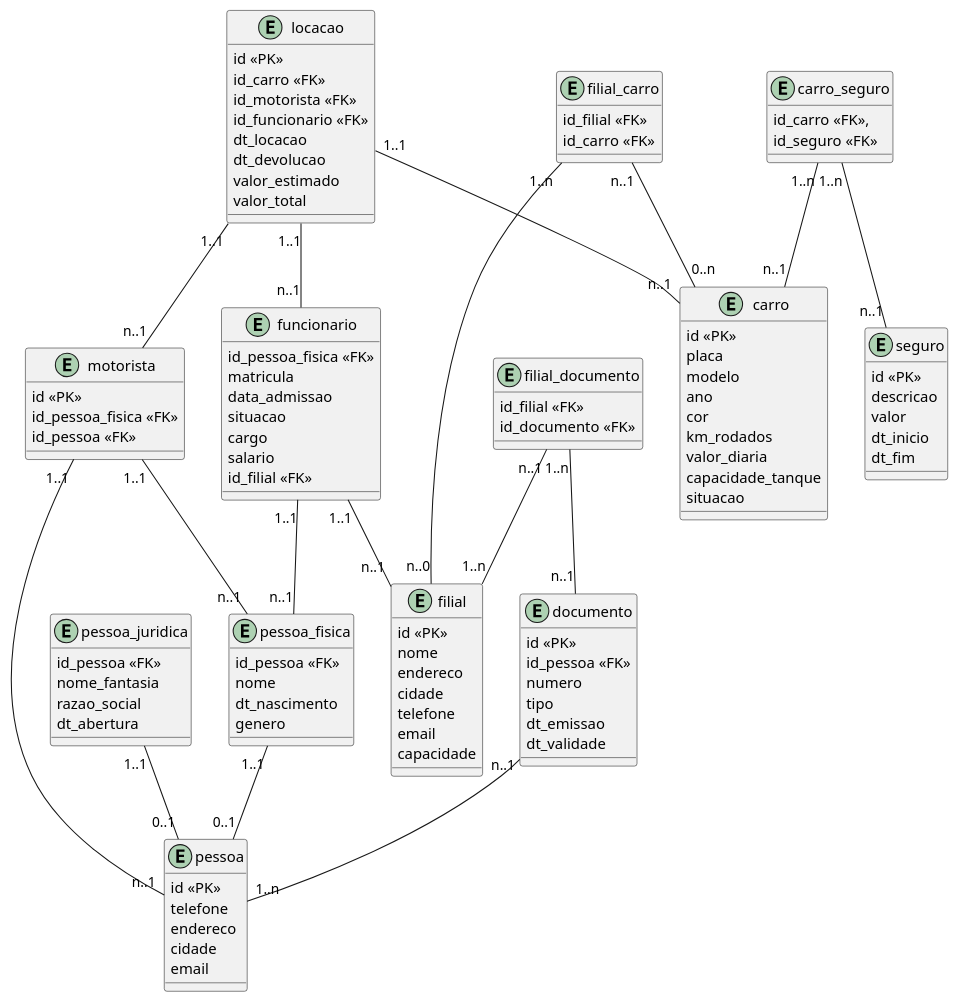
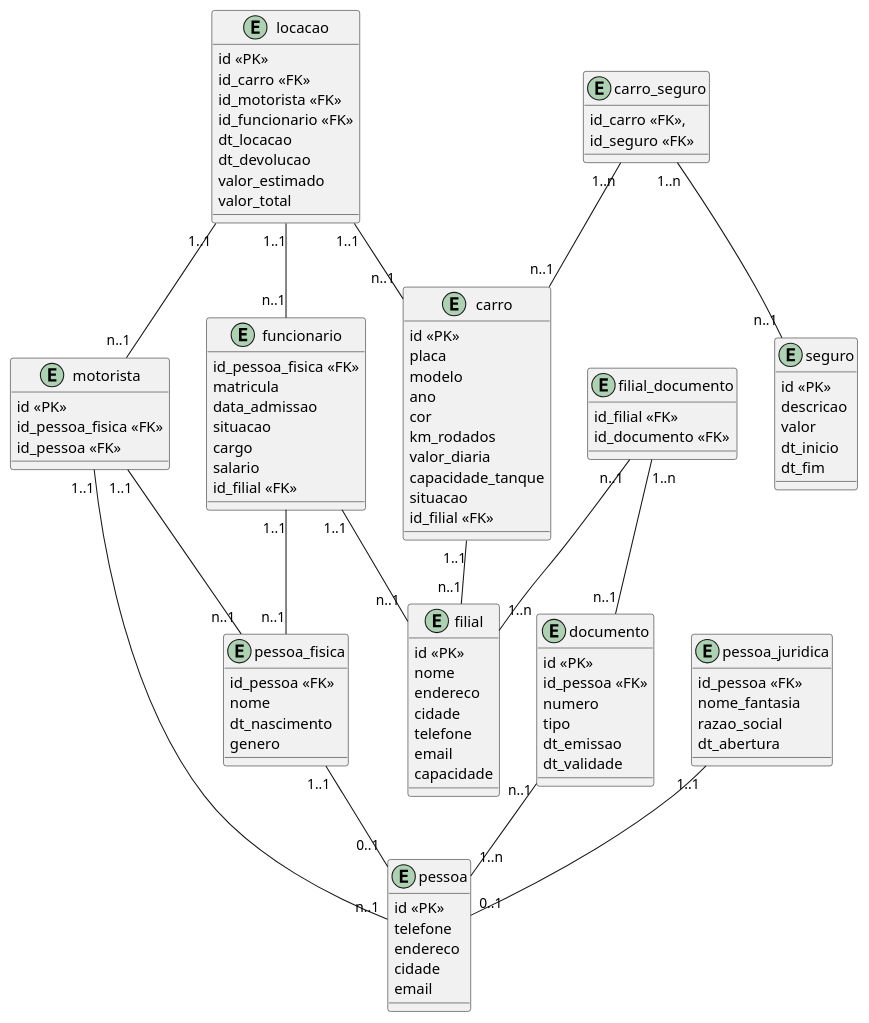
The diagram in veiculos.plantuml (Berjooj/bd_proj_locacao_veiculos), drawn with PlantUML before and after one commit. The commit also changed 9 other files, not shown here.

```diff
--- a/veiculos.plantuml
+++ b/veiculos.plantuml
@@ -1,130 +1,125 @@
 @startuml LocacaoCarros
 
 entity documento{
-    id <<PK>>
-    id_pessoa <<FK>>
-    numero
-    tipo
-    dt_emissao
-    dt_validade
+	id <<PK>>
+	id_pessoa <<FK>>
+	numero
+	tipo
+	dt_emissao
+	dt_validade
 }
 
 entity pessoa {
-    id <<PK>>
-    telefone
-    endereco
-    cidade
-    email
+	id <<PK>>
+	telefone
+	endereco
+	cidade
+	email
 }
 
 entity pessoa_fisica {
-    id_pessoa <<FK>>
-    nome
-    dt_nascimento
-    genero
+	id_pessoa <<FK>>
+	nome
+	dt_nascimento
+	genero
 }
 
 entity pessoa_juridica {
-    id_pessoa <<FK>>
-    nome_fantasia
-    razao_social
-    dt_abertura
+	id_pessoa <<FK>>
+	nome_fantasia
+	razao_social
+	dt_abertura
 }
 
 entity motorista {
-    id <<PK>>
-    id_pessoa_fisica <<FK>>
-    id_pessoa <<FK>>
+	id <<PK>>
+	id_pessoa_fisica <<FK>>
+	id_pessoa <<FK>>
 }
 
 entity carro {
-    id <<PK>>
-    placa
-    modelo
-    ano
-    cor
-    km_rodados
-    valor_diaria
-    capacidade_tanque
-    situacao
+	id <<PK>>
+	placa
+	modelo
+	ano
+	cor
+	km_rodados
+	valor_diaria
+	capacidade_tanque
+	situacao
+	id_filial <<FK>>
 }
 
 entity locacao {
-    id <<PK>>
-    id_carro <<FK>>
-    id_motorista <<FK>>
-    id_funcionario <<FK>>
-    dt_locacao
-    dt_devolucao
-    valor_estimado
-    valor_total
+	id <<PK>>
+	id_carro <<FK>>
+	id_motorista <<FK>>
+	id_funcionario <<FK>>
+	dt_locacao
+	dt_devolucao
+	valor_estimado
+	valor_total
 }
 
 entity filial {
-    id <<PK>>
-    nome
-    endereco
-    cidade
-    telefone
-    email
-    capacidade
+	id <<PK>>
+	nome
+	endereco
+	cidade
+	telefone
+	email
+	capacidade
 }
 
 entity funcionario {
-    id_pessoa_fisica <<FK>>
-    matricula
-    data_admissao
-    situacao
-    cargo
-    salario
-    id_filial <<FK>>
-}
-
-entity filial_carro {
-    id_filial <<FK>>
-    id_carro <<FK>>
+	id_pessoa_fisica <<FK>>
+	matricula
+	data_admissao
+	situacao
+	cargo
+	salario
+	id_filial <<FK>>
 }
 
 entity filial_documento {
-    id_filial <<FK>>
-    id_documento <<FK>>
+	id_filial <<FK>>
+	id_documento <<FK>>
 }
 
 entity seguro {
-    id <<PK>>
-    descricao
-    valor
-    dt_inicio
-    dt_fim
+	id <<PK>>
+	descricao
+	valor
+	dt_inicio
+	dt_fim
 }
 
 entity carro_seguro {
-    id_carro <<FK>>,
-    id_seguro <<FK>>
+	id_carro <<FK>>,
+	id_seguro <<FK>>
 }
 
 carro_seguro "1..n" -- "n..1" seguro
 carro_seguro "1..n" -- "n..1" carro
 
-filial_carro "1..n" -- "n..0" filial
-filial_carro "n..1" -- "0..n" carro
+carro "1..1" -- "n..1" filial
 
 filial_documento "n..1" -- "1..n" filial
 filial_documento "1..n" -- "n..1" documento
 
 pessoa_fisica "1..1" -- "0..1" pessoa
 pessoa_juridica "1..1" -- "0..1" pessoa
 
 motorista "1..1" -- "n..1" pessoa
 motorista "1..1" -- "n..1" pessoa_fisica
 
 funcionario "1..1" -- "n..1" pessoa_fisica
 funcionario "1..1" -- "n..1" filial
 
 locacao "1..1" -- "n..1" carro
 locacao "1..1" -- "n..1" motorista
 locacao "1..1" -- "n..1" funcionario
 
 documento "n..1" -- "1..n" pessoa
 
 @enduml
```
